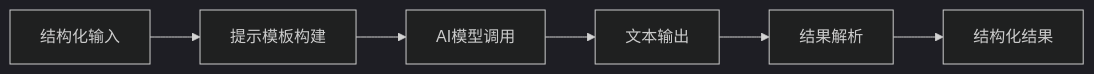
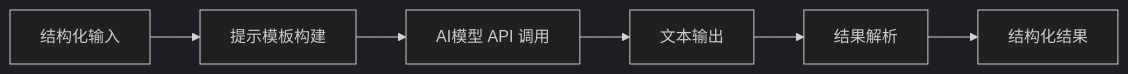
One commit to laiyuanxiang/laiyuanxiang changed the diagram in 第七章2.md. Above: the diagram before and after it, drawn with Mermaid (dark theme). The commit also changed other lines of this file, not shown here.

````diff
--- a/第七章2.md
+++ b/第七章2.md
@@ -74,16 +75,16 @@
 ```mermaid
 flowchart LR
 
 Input[结构化输入]
 Prompt[提示模板构建]
-Model[AI模型调用]
+Model[AI模型 API 调用]
 Text[文本输出]
 Parse[结果解析]
 Output[结构化结果]
 
 Input --> Prompt
 Prompt --> Model
 Model --> Text
 Text --> Parse
 Parse --> Output
 ```
````
